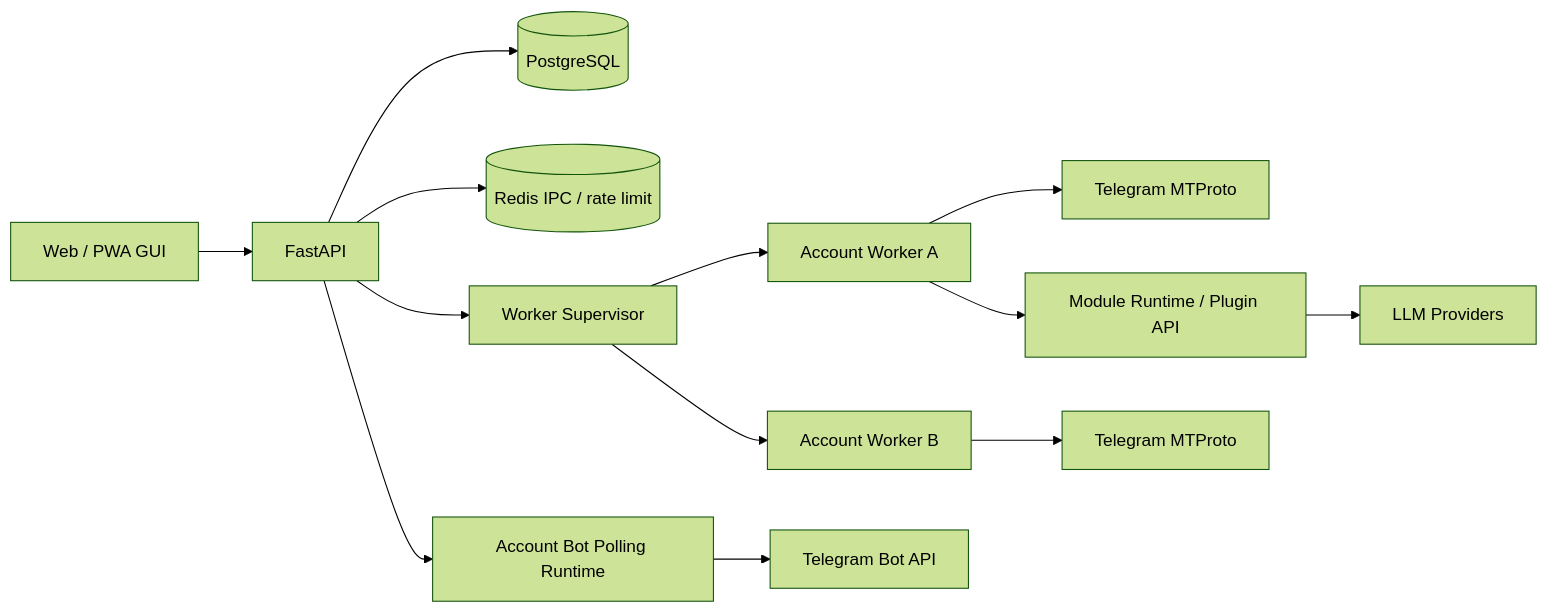
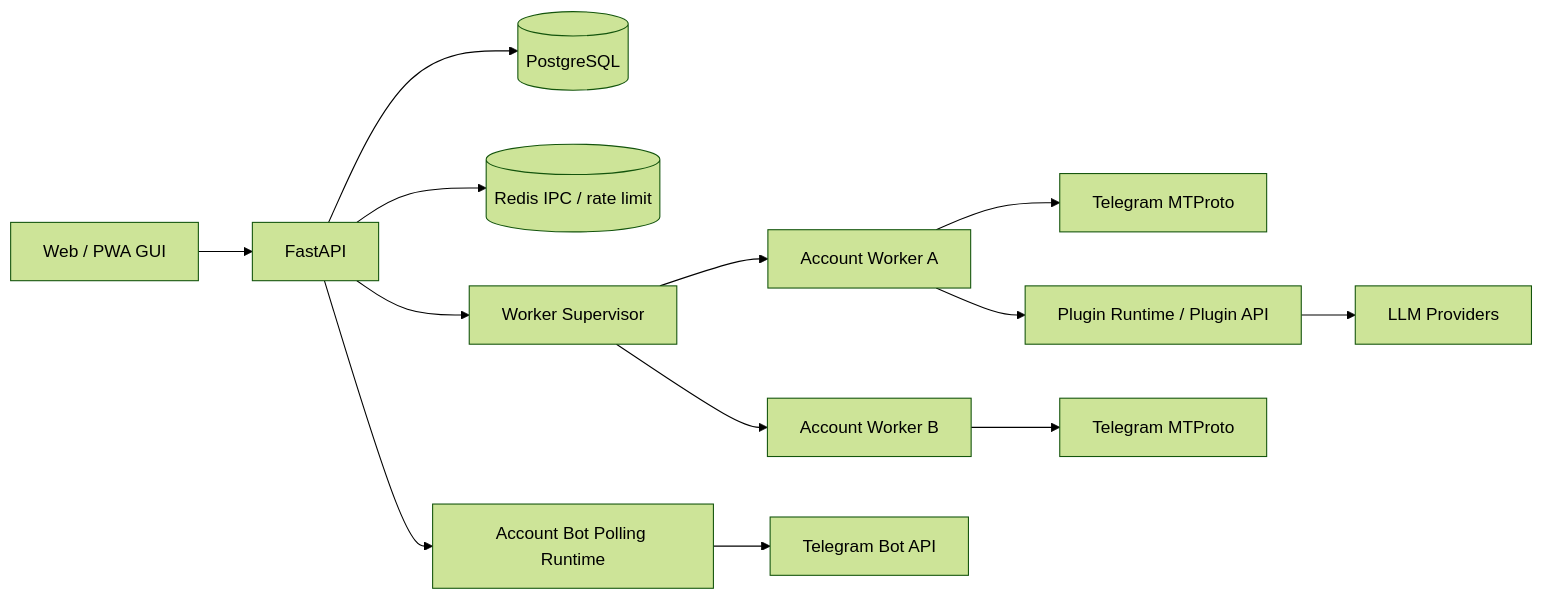
The diagram in README.md (Anoyou/Telebot), drawn with Mermaid (forest theme) before and after one commit. The commit also changed other lines of this file and 46 other files, not shown here.

````diff
--- a/README.md
+++ b/README.md
@@ -90,15 +90,15 @@
 ```mermaid
 flowchart LR
   Browser["Web / PWA GUI"] --> API["FastAPI"]
   API --> DB[("PostgreSQL")]
   API --> Redis[("Redis IPC / rate limit")]
   API --> Supervisor["Worker Supervisor"]
   Supervisor --> W1["Account Worker A"]
   Supervisor --> W2["Account Worker B"]
   W1 --> TG1["Telegram MTProto"]
   W2 --> TG2["Telegram MTProto"]
-  W1 --> Modules["Module Runtime / Plugin API"]
-  Modules --> LLM["LLM Providers"]
+  W1 --> PluginRuntime["Plugin Runtime / Plugin API"]
+  PluginRuntime --> LLM["LLM Providers"]
   API --> AccountBot["Account Bot Polling Runtime"]
   AccountBot --> BotAPI["Telegram Bot API"]
 ```
````
